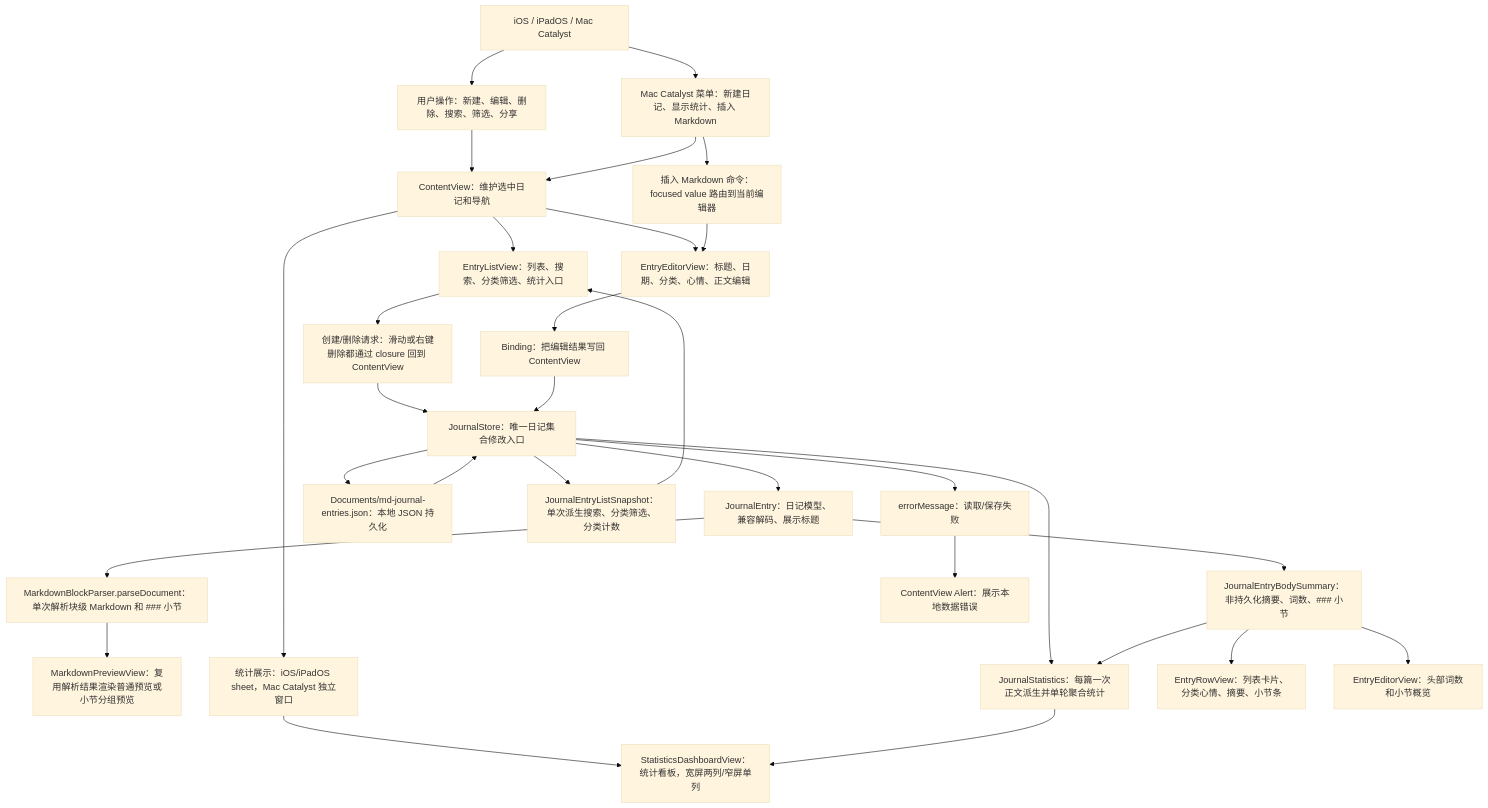
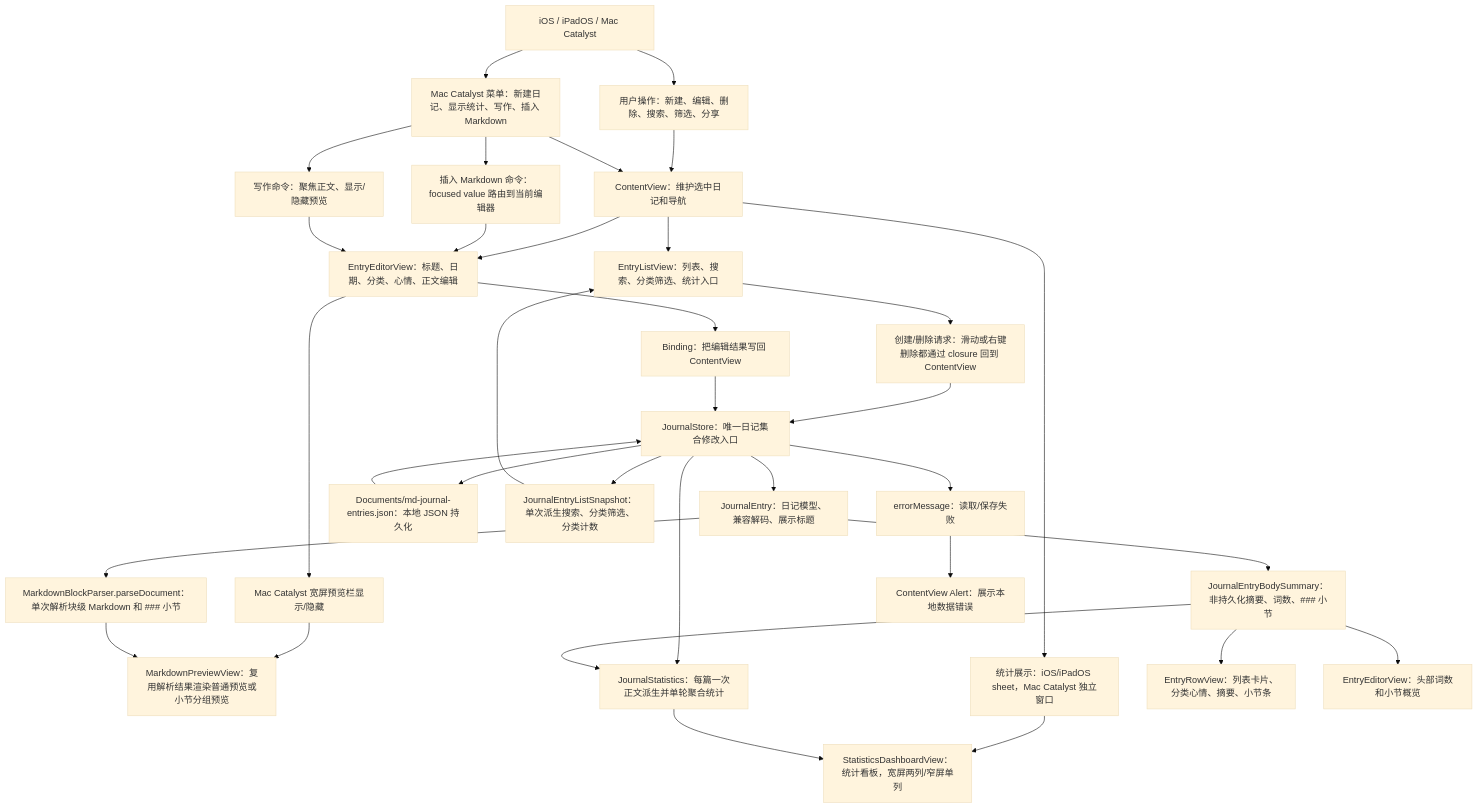
One commit to Altman-sam114/117 changed the first of 5 diagrams in md/flow/flowchart.md. Above: the diagram before and after it, drawn with Mermaid (base theme). The commit also changed 11 other files, not shown here.

````diff
--- a/md/flow/flowchart.md
+++ b/md/flow/flowchart.md
@@ -9,32 +9,36 @@
 ```mermaid
 flowchart TD
   Platform["iOS / iPadOS / Mac Catalyst"] --> User["用户操作：新建、编辑、删除、搜索、筛选、分享"]
-  Platform --> Menu["Mac Catalyst 菜单：新建日记、显示统计、插入 Markdown"]
+  Platform --> Menu["Mac Catalyst 菜单：新建日记、显示统计、写作、插入 Markdown"]
   User --> CV["ContentView：维护选中日记和导航"]
   Menu --> CV
   CV --> List["EntryListView：列表、搜索、分类筛选、统计入口"]
   CV --> Editor["EntryEditorView：标题、日期、分类、心情、正文编辑"]
   Menu --> SnippetCommand["插入 Markdown 命令：focused value 路由到当前编辑器"]
   SnippetCommand --> Editor
+  Menu --> WritingCommand["写作命令：聚焦正文、显示/隐藏预览"]
+  WritingCommand --> Editor
+  Editor --> PreviewToggle["Mac Catalyst 宽屏预览栏显示/隐藏"]
+  PreviewToggle --> Preview
   List --> CreateDelete["创建/删除请求：滑动或右键删除都通过 closure 回到 ContentView"]
   Editor --> Binding["Binding<JournalEntry>：把编辑结果写回 ContentView"]
   CreateDelete --> Store["JournalStore：唯一日记集合修改入口"]
   Binding --> Store
   Store --> Model["JournalEntry：日记模型、兼容解码、展示标题"]
   Store --> JSON["Documents/md-journal-entries.json：本地 JSON 持久化"]
   JSON --> Store
   Model --> Summary["JournalEntryBodySummary：非持久化摘要、词数、### 小节"]
   Store --> ListSnapshot["JournalEntryListSnapshot：单次派生搜索、分类筛选、分类计数"]
   ListSnapshot --> List
   Model --> Parser["MarkdownBlockParser.parseDocument：单次解析块级 Markdown 和 ### 小节"]
   Parser --> Preview["MarkdownPreviewView：复用解析结果渲染普通预览或小节分组预览"]
   Store --> Stats["JournalStatistics：每篇一次正文派生并单轮聚合统计"]
   CV --> StatsSurface["统计展示：iOS/iPadOS sheet，Mac Catalyst 独立窗口"]
   StatsSurface --> Dashboard["StatisticsDashboardView：统计看板，宽屏两列/窄屏单列"]
   Stats --> Dashboard
   Summary --> Row["EntryRowView：列表卡片、分类心情、摘要、小节条"]
   Summary --> EditorStats["EntryEditorView：头部词数和小节概览"]
   Summary --> Stats
   Store --> Error["errorMessage：读取/保存失败"]
   Error --> Alert["ContentView Alert：展示本地数据错误"]
 ```
````
